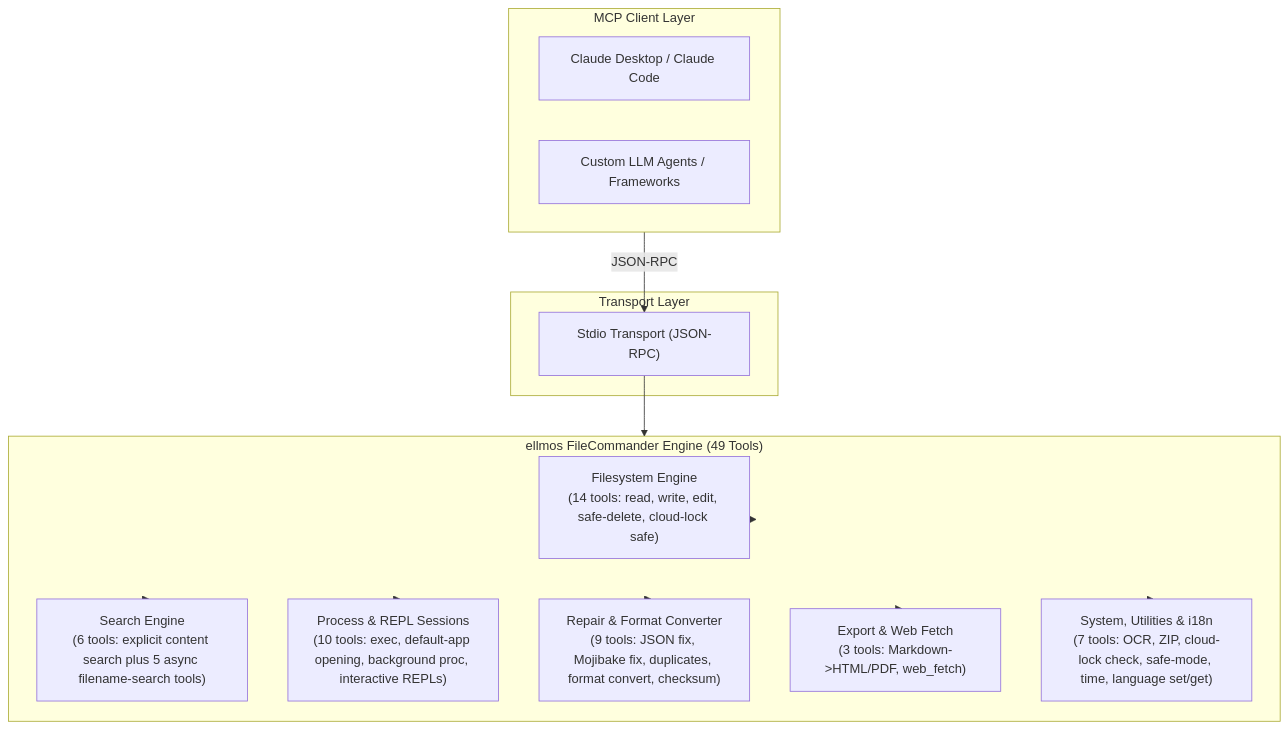
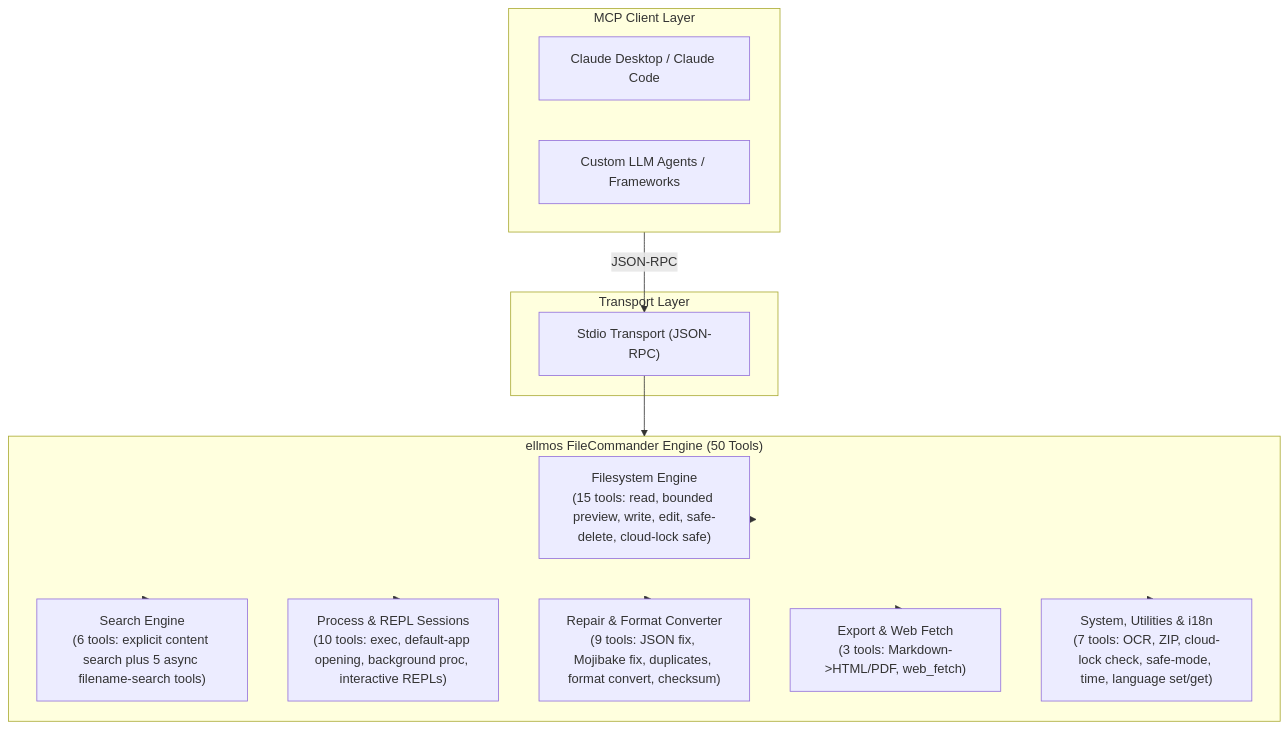
The first of 2 diagrams in README.md (lukisch/bach-filecommander-mcp), drawn with Mermaid before and after one commit. The commit also changed other lines of this file and 25 other files, not shown here.

````diff
--- a/README.md
+++ b/README.md
@@ -63,29 +63,29 @@
 ```mermaid
 flowchart TD
     subgraph Client["MCP Client Layer"]
         Claude["Claude Desktop / Claude Code"]
         Custom["Custom LLM Agents / Frameworks"]
     end
 
     subgraph Transport["Transport Layer"]
         Stdio["Stdio Transport (JSON-RPC)"]
     end
 
-    subgraph Core["ellmos FileCommander Engine (49 Tools)"]
-        FS["Filesystem Engine\n(14 tools: read, write, edit, safe-delete, cloud-lock safe)"]
+    subgraph Core["ellmos FileCommander Engine (50 Tools)"]
+        FS["Filesystem Engine\n(15 tools: read, bounded preview, write, edit, safe-delete, cloud-lock safe)"]
         Search["Search Engine\n(6 tools: explicit content search plus 5 async filename-search tools)"]
         Proc["Process & REPL Sessions\n(10 tools: exec, default-app opening, background proc, interactive REPLs)"]
         Repair["Repair & Format Converter\n(9 tools: JSON fix, Mojibake fix, duplicates, format convert, checksum)"]
         Export["Export & Web Fetch\n(3 tools: Markdown->HTML/PDF, web_fetch)"]
         Sys["System, Utilities & i18n\n(7 tools: OCR, ZIP, cloud-lock check, safe-mode, time, language set/get)"]
     end
 
     Client -->|JSON-RPC| Stdio
     Stdio --> Core
     Core --> FS
     Core --> Search
     Core --> Proc
     Core --> Repair
     Core --> Export
     Core --> Sys
 ```
````
